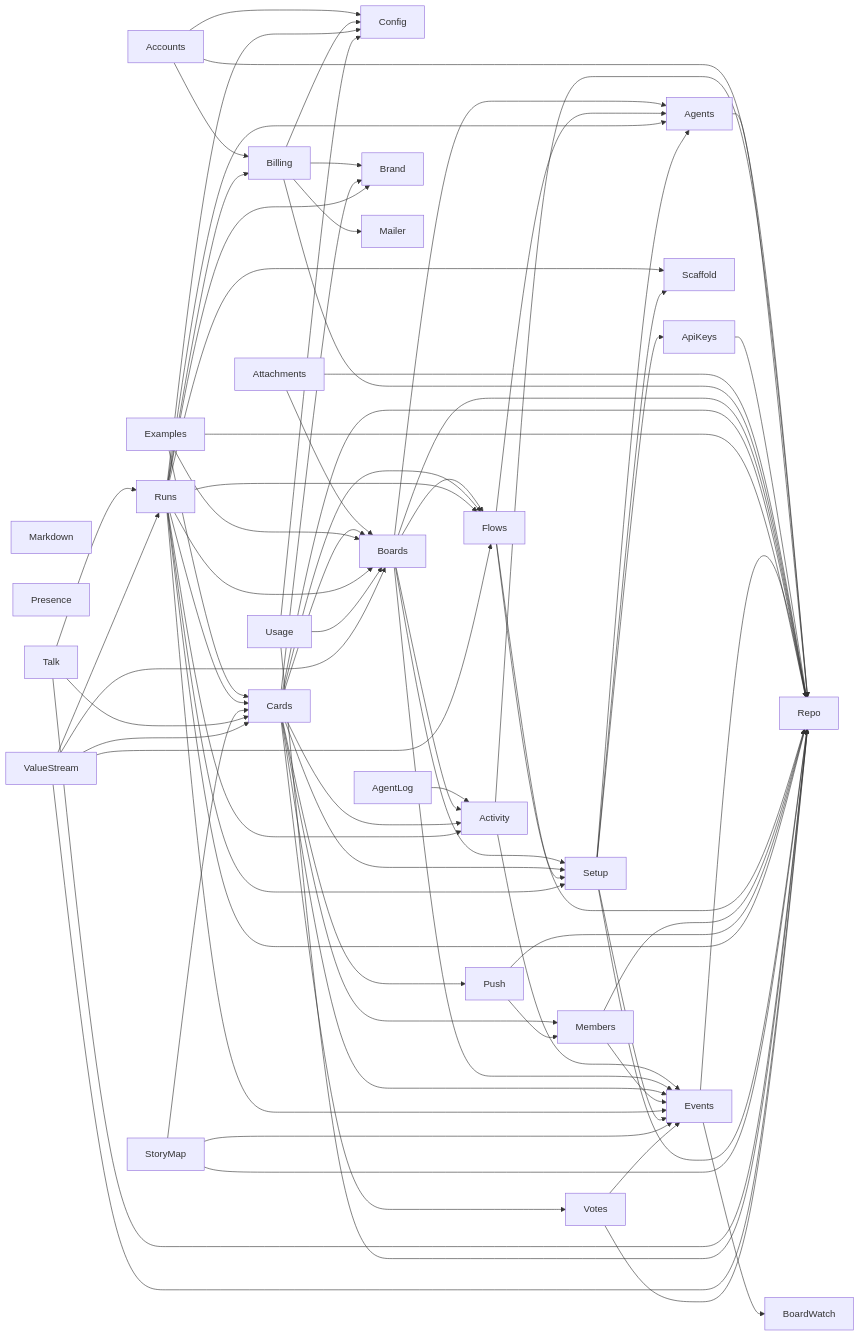
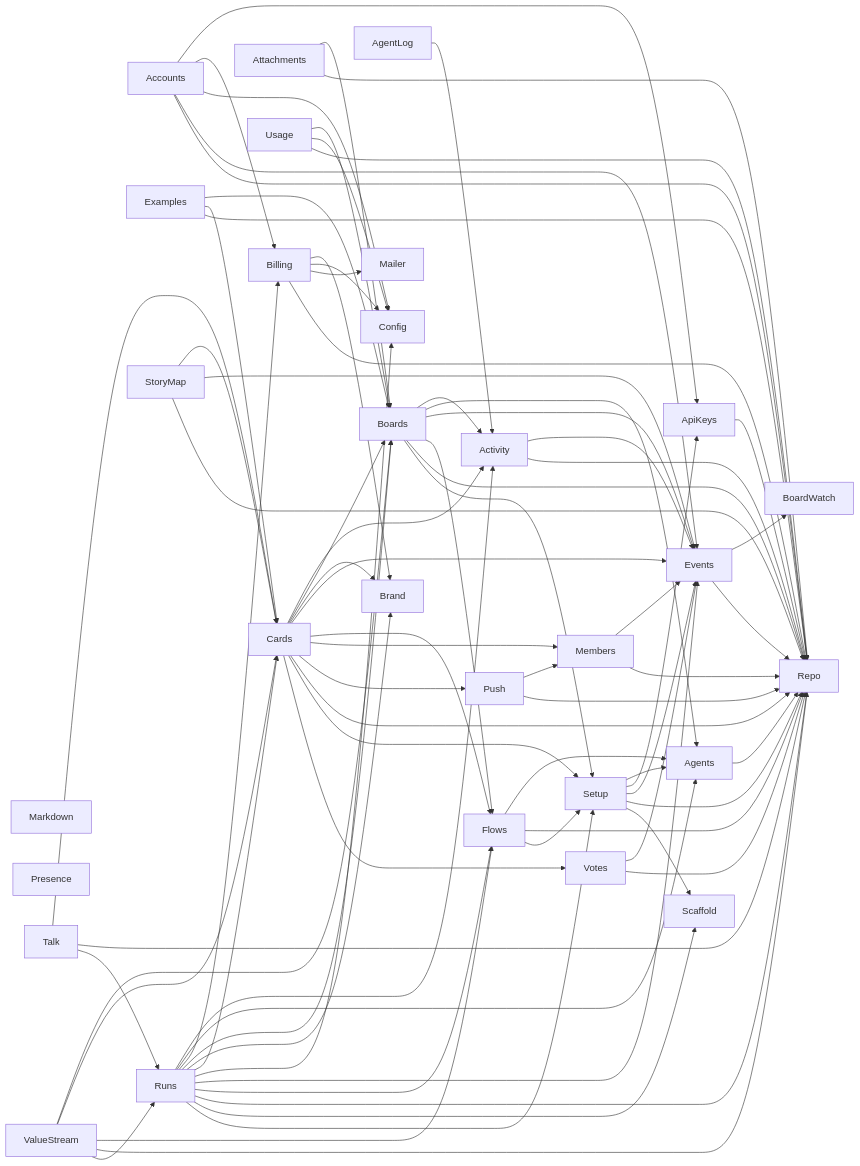
The second of 2 diagrams in docs/architecture/deps.md (jeremylightsmith/relay), drawn with Mermaid before and after one commit. The commit also changed 47 other files, not shown here.

````diff
--- a/docs/architecture/deps.md
+++ b/docs/architecture/deps.md
@@ -29,80 +29,82 @@
 ```mermaid
 flowchart LR
     Markdown
     Presence
+    Accounts --> ApiKeys
     Accounts --> Billing
     Accounts --> Config
+    Accounts --> Events
     Accounts --> Repo
     Activity --> Events
     Activity --> Repo
     AgentLog --> Activity
     Agents --> Repo
     ApiKeys --> Repo
     Attachments --> Boards
     Attachments --> Repo
     Billing --> Brand
     Billing --> Config
     Billing --> Mailer
     Billing --> Repo
     Boards --> Activity
     Boards --> Agents
     Boards --> Events
     Boards --> Flows
     Boards --> Repo
     Boards --> Setup
     Cards --> Activity
     Cards --> Boards
     Cards --> Brand
     Cards --> Events
     Cards --> Flows
     Cards --> Members
     Cards --> Push
     Cards --> Repo
     Cards --> Setup
     Cards --> Votes
     Events --> BoardWatch
     Events --> Repo
     Examples --> Boards
     Examples --> Cards
     Examples --> Repo
     Flows --> Agents
     Flows --> Repo
     Flows --> Setup
     Members --> Events
     Members --> Repo
     Push --> Members
     Push --> Repo
     Runs --> Activity
     Runs --> Agents
     Runs --> Billing
     Runs --> Boards
     Runs --> Brand
     Runs --> Cards
     Runs --> Config
     Runs --> Events
     Runs --> Flows
     Runs --> Repo
     Runs --> Scaffold
     Runs --> Setup
     Setup --> Agents
     Setup --> ApiKeys
     Setup --> Events
     Setup --> Repo
     Setup --> Scaffold
     StoryMap --> Cards
     StoryMap --> Events
     StoryMap --> Repo
     Talk --> Cards
     Talk --> Repo
     Talk --> Runs
     Usage --> Boards
     Usage --> Config
     Usage --> Repo
     ValueStream --> Boards
     ValueStream --> Cards
     ValueStream --> Flows
     ValueStream --> Repo
     ValueStream --> Runs
     Votes --> Events
     Votes --> Repo
 ```
````
